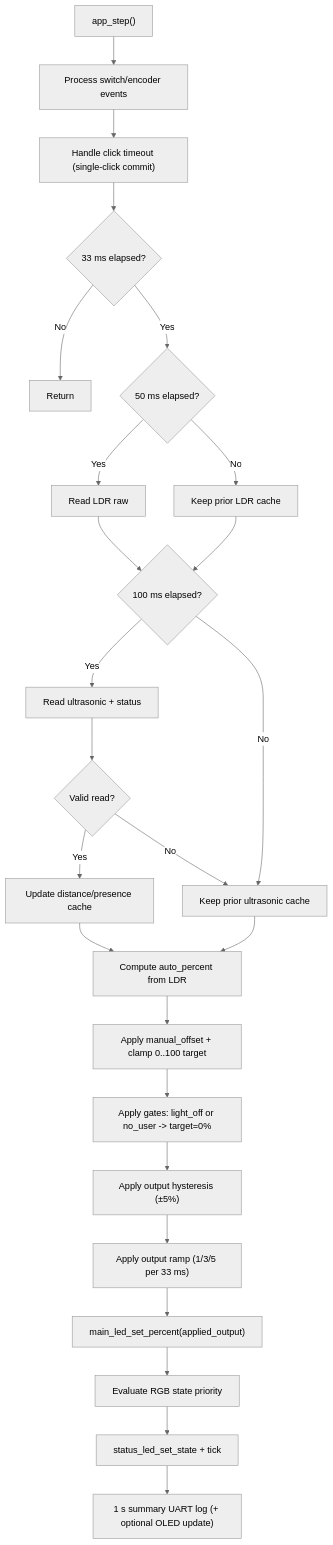
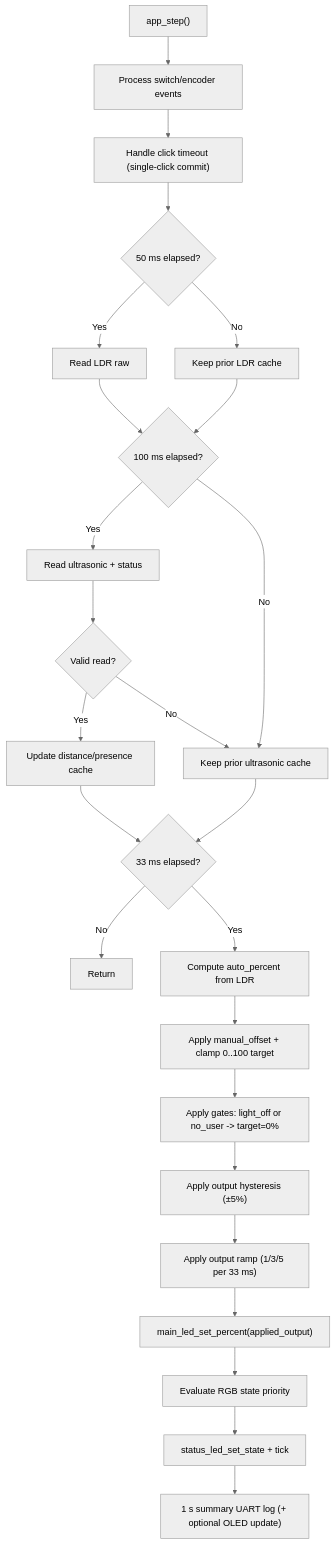
The first of 2 diagrams in docs/architecture/business-logic.md (RJTPP/S-ADAPT-IoT), drawn with Mermaid (neutral theme) before and after one commit. The commit also changed 2 other files, not shown here.

Commit message:
fix(app): decouple periodic schedulers from loop jitter

````diff
--- a/docs/architecture/business-logic.md
+++ b/docs/architecture/business-logic.md
@@ -40,27 +40,27 @@
 ```mermaid
 flowchart TD
     A["app_step()"] --> B["Process switch/encoder events"]
     B --> C["Handle click timeout (single-click commit)"]
-    C --> D{"33 ms elapsed?"}
-    D -- "No" --> E["Return"]
-    D -- "Yes" --> F{"50 ms elapsed?"}
-    F -- "Yes" --> G["Read LDR raw"]
-    F -- "No" --> H["Keep prior LDR cache"]
-    G --> I{"100 ms elapsed?"}
-    H --> I
-    I -- "Yes" --> J["Read ultrasonic + status"]
-    I -- "No" --> K["Keep prior ultrasonic cache"]
-    J --> L{"Valid read?"}
-    L -- "Yes" --> M["Update distance/presence cache"]
-    L -- "No" --> K
-    M --> N["Compute auto_percent from LDR"]
-    K --> N
+    C --> D{"50 ms elapsed?"}
+    D -- "Yes" --> E["Read LDR raw"]
+    D -- "No" --> F["Keep prior LDR cache"]
+    E --> G{"100 ms elapsed?"}
+    F --> G
+    G -- "Yes" --> H["Read ultrasonic + status"]
+    G -- "No" --> I["Keep prior ultrasonic cache"]
+    H --> J{"Valid read?"}
+    J -- "Yes" --> K["Update distance/presence cache"]
+    J -- "No" --> I
+    K --> L{"33 ms elapsed?"}
+    I --> L
+    L -- "No" --> M["Return"]
+    L -- "Yes" --> N["Compute auto_percent from LDR"]
     N --> O["Apply manual_offset + clamp 0..100 target"]
     O --> P["Apply gates: light_off or no_user -> target=0%"]
     P --> Q["Apply output hysteresis (±5%)"]
     Q --> R["Apply output ramp (1/3/5 per 33 ms)"]
     R --> S["main_led_set_percent(applied_output)"]
     S --> T["Evaluate RGB state priority"]
     T --> U["status_led_set_state + tick"]
     U --> V["1 s summary UART log (+ optional OLED update)"]
 ```
````
